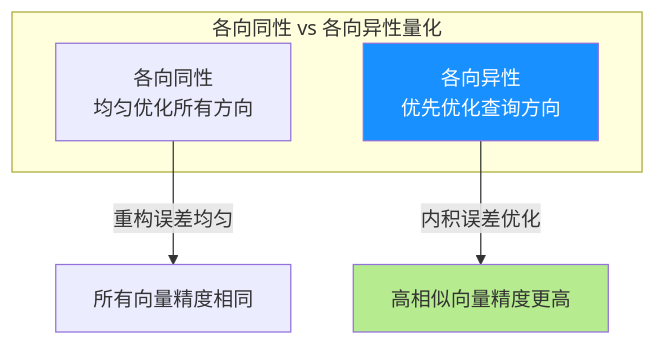
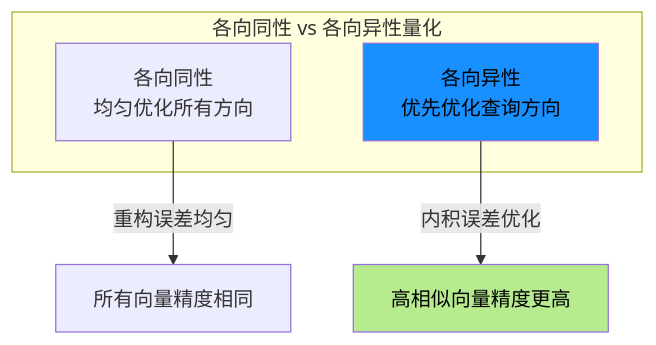
Diagram 28 of 42 in docs/research/003-vector-search-algorithm.md (ThreeFish-AI/agentic-ai-cognizes), drawn with Mermaid before and after one commit. The commit also changed other lines of this file, not shown here.

First line of the commit message:
docs(Research): 优化文档图表样式与可读性;

````diff
--- a/docs/research/003-vector-search-algorithm.md
+++ b/docs/research/003-vector-search-algorithm.md
@@ -1290,13 +1296,13 @@
 ```mermaid
 graph TB
     subgraph "各向同性 vs 各向异性量化"
         ISO[各向同性<br/>均匀优化所有方向]
         ANISO[各向异性<br/>优先优化查询方向]
     end
 
     ISO --> |"重构误差均匀"| ISO_RES[所有向量精度相同]
     ANISO --> |"内积误差优化"| ANISO_RES[高相似向量精度更高]
 
-    style ANISO fill:#1890ff,color:#fff
-    style ANISO_RES fill:#b7eb8f
+    style ANISO fill:#1890ff,color:#000000
+    style ANISO_RES fill:#b7eb8f,color:#000000
 ```
````
